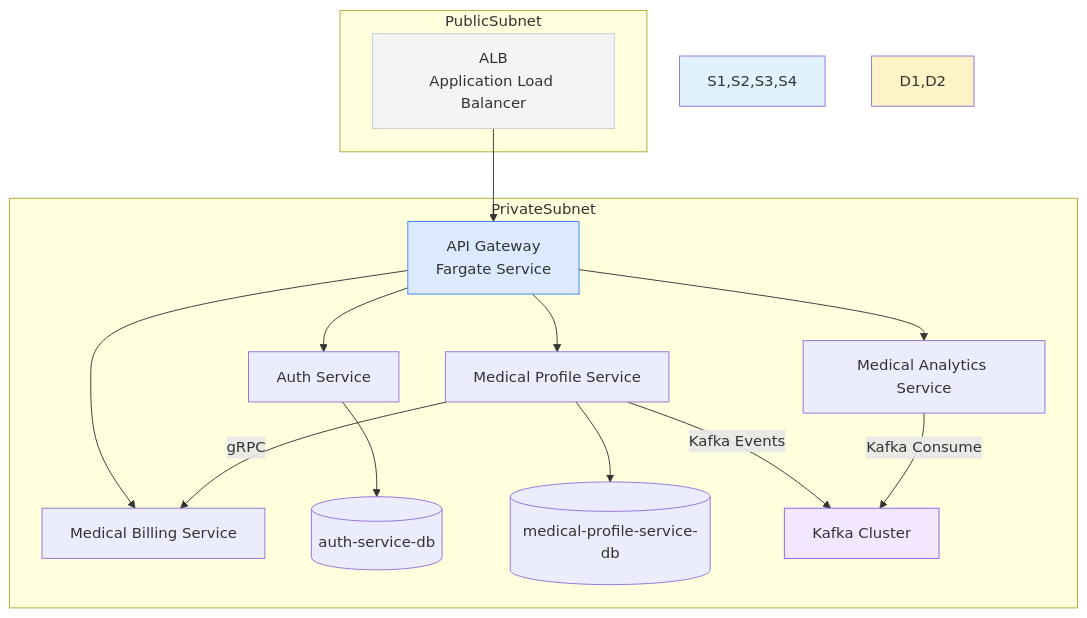
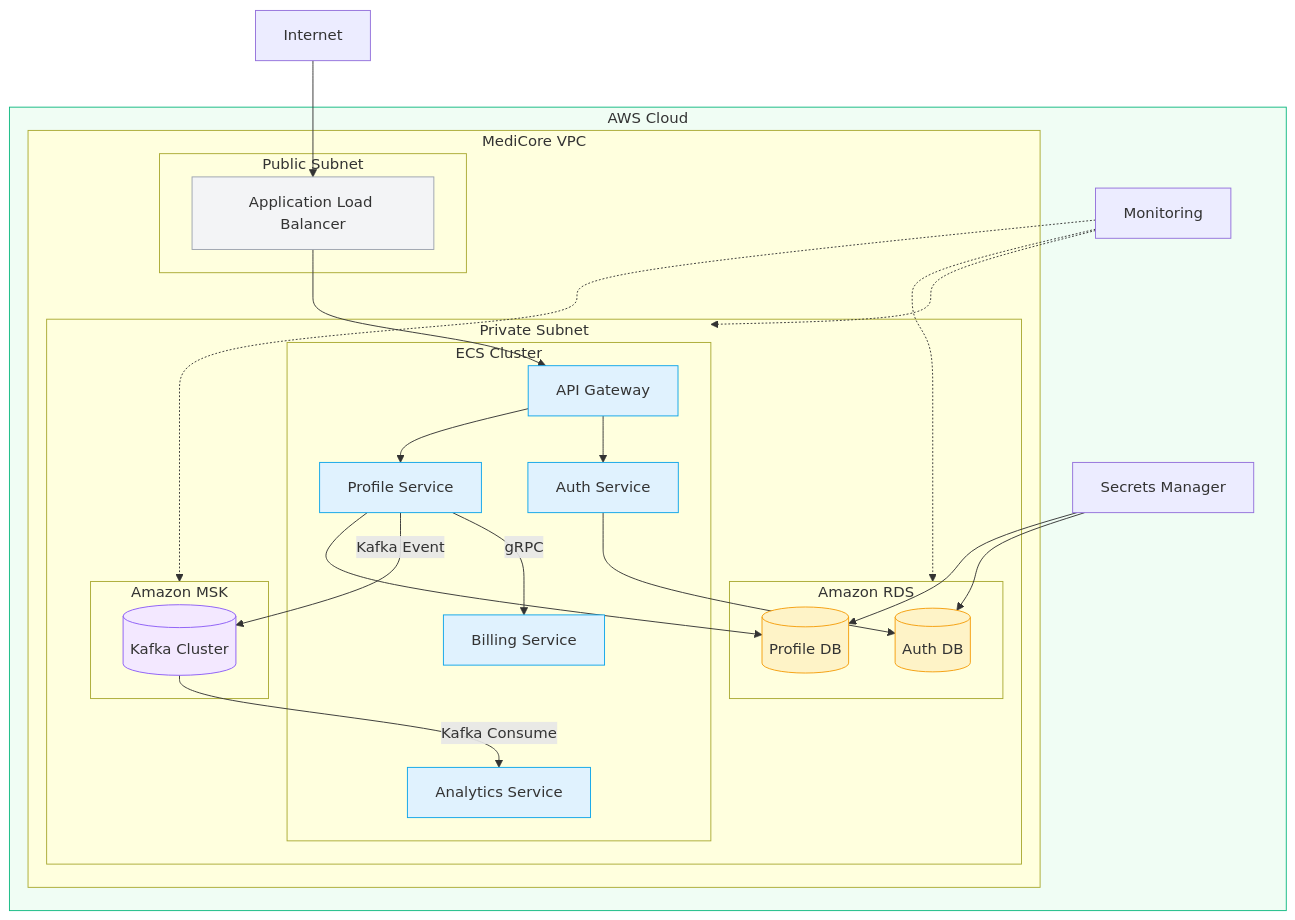
One commit to PritiAryal/MediCore changed diagram 12 of 13 in README.md. Above: the diagram before and after it, drawn with Mermaid. The commit also changed other lines of this file and 1 other file, not shown here.

````diff
--- a/README.md
+++ b/README.md
@@ -1904,27 +1954,61 @@
 ```mermaid
 flowchart TB
-    subgraph PublicSubnet
-        A[ALB<br>Application Load Balancer]
-    end
+                subgraph AWSCloud[AWS Cloud]
+                    subgraph MediCoreVPC[MediCore VPC]
+                        subgraph PublicSubnet[Public Subnet]
+                            ALB[Application Load Balancer]
+                        end
 
-    subgraph PrivateSubnet
-        A --> G[API Gateway<br>Fargate Service]
+                        subgraph PrivateSubnet[Private Subnet]
+                            subgraph ECSCluster[ECS Cluster]
+                                APIGW[API Gateway]
+                                AUTH[Auth Service]
+                                PROFILE[Profile Service]
+                                BILLING[Billing Service]
+                                ANALYTICS[Analytics Service]
+                            end
 
-        G --> S1[Auth Service]
-        G --> S2[Medical Profile Service]
-        G --> S3[Medical Billing Service]
-        G --> S4[Medical Analytics Service]
+                            subgraph AmazonRDS[Amazon RDS]
+                                AUTHDB[(Auth DB)]
+                                PROFILEDB[(Profile DB)]
+                            end
 
-        S1 --> D1[(auth-service-db)]
-        S2 --> D2[(medical-profile-service-db)]
-        S2 -->|gRPC| S3
-        S2 -->|Kafka Events| K[Kafka Cluster]
-        S4 -->|Kafka Consume| K
-    end
+                            subgraph AmazonMSK[Amazon MSK]
+                                KAFKA[(Kafka Cluster)]
+                            end
+                        end
+                    end
 
-    style A fill:#f3f4f6,stroke:#ccc
-    style G fill:#dbeafe,stroke:#3b82f6
-    style S1,S2,S3,S4 fill:#e0f2fe
-    style D1,D2 fill:#fef3c7
-    style K fill:#f3e8ff,stroke:#8b5cf6
+                    CW[Monitoring]
+                    SM[Secrets Manager]
+                end
+
+                Internet --> ALB
+                ALB --> APIGW
+                APIGW --> AUTH
+                APIGW --> PROFILE
+                PROFILE --> |gRPC|BILLING
+                PROFILE --> |Kafka Event|KAFKA
+                KAFKA --> |Kafka Consume|ANALYTICS
+
+                AUTH --> AUTHDB
+                PROFILE --> PROFILEDB
+
+                CW -.-> ECSCluster
+                CW -.-> AmazonRDS
+                CW -.-> AmazonMSK
+                SM --> AUTHDB
+                SM --> PROFILEDB
+
+                classDef alb fill:#f3f4f6,stroke:#9ca3af;
+                classDef ecs fill:#e0f2fe,stroke:#0ea5e9;
+                classDef db fill:#fef3c7,stroke:#f59e0b;
+                classDef kafka fill:#f3e8ff,stroke:#8b5cf6;
+                classDef aws fill:#f0fdf4,stroke:#10b981;
+
+                class ALB alb;
+                class APIGW,AUTH,PROFILE,BILLING,ANALYTICS ecs;
+                class AUTHDB,PROFILEDB db;
+                class KAFKA kafka;
+                class AWSCloud aws;
 ```
````
